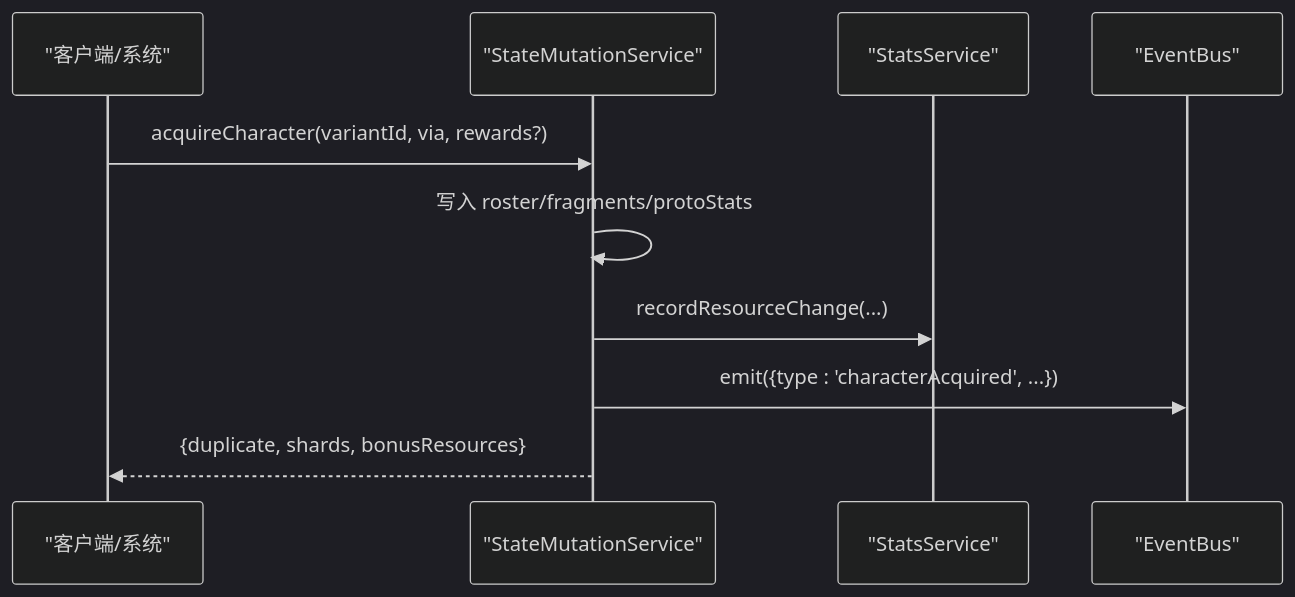
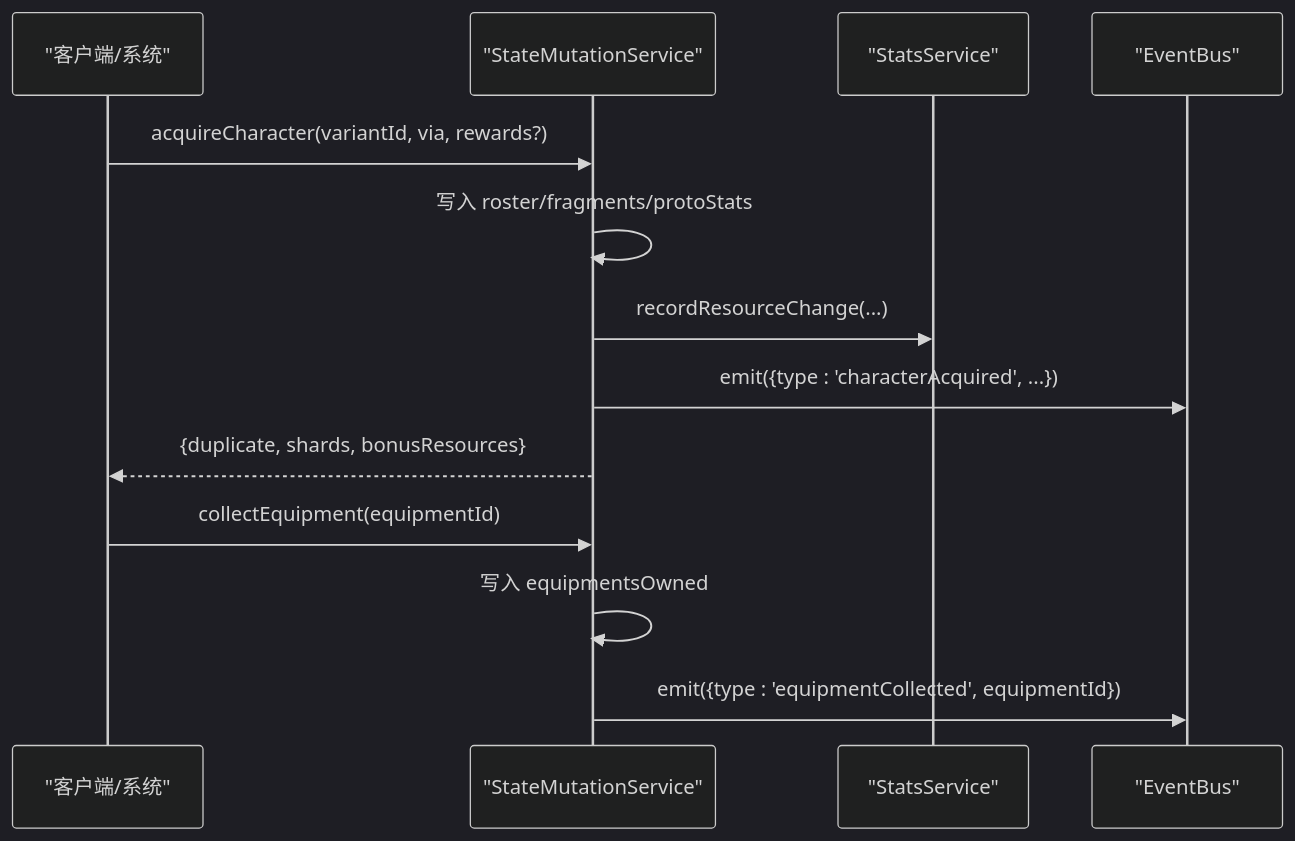
The ninth of 10 diagrams in .qoder/repowiki/zh/content/游戏系统/角色系统.md (EsiLA9/Arona-Clicker), drawn with Mermaid (dark theme) before and after one commit. The commit also changed other lines of this file and 76 other files, not shown here.

````diff
--- a/.qoder/repowiki/zh/content/游戏系统/角色系统.md
+++ b/.qoder/repowiki/zh/content/游戏系统/角色系统.md
@@ -307,12 +358,15 @@
 ```mermaid
 sequenceDiagram
 participant Client as "客户端/系统"
 participant Mut as "StateMutationService"
 participant Stats as "StatsService"
 participant Bus as "EventBus"
 Client->>Mut : acquireCharacter(variantId, via, rewards?)
 Mut->>Mut : 写入 roster/fragments/protoStats
 Mut->>Stats : recordResourceChange(...)
 Mut->>Bus : emit({type : 'characterAcquired', ...})
 Mut-->>Client : {duplicate, shards, bonusResources}
+Client->>Mut : collectEquipment(equipmentId)
+Mut->>Mut : 写入 equipmentsOwned
+Mut->>Bus : emit({type : 'equipmentCollected', equipmentId})
 ```
````
